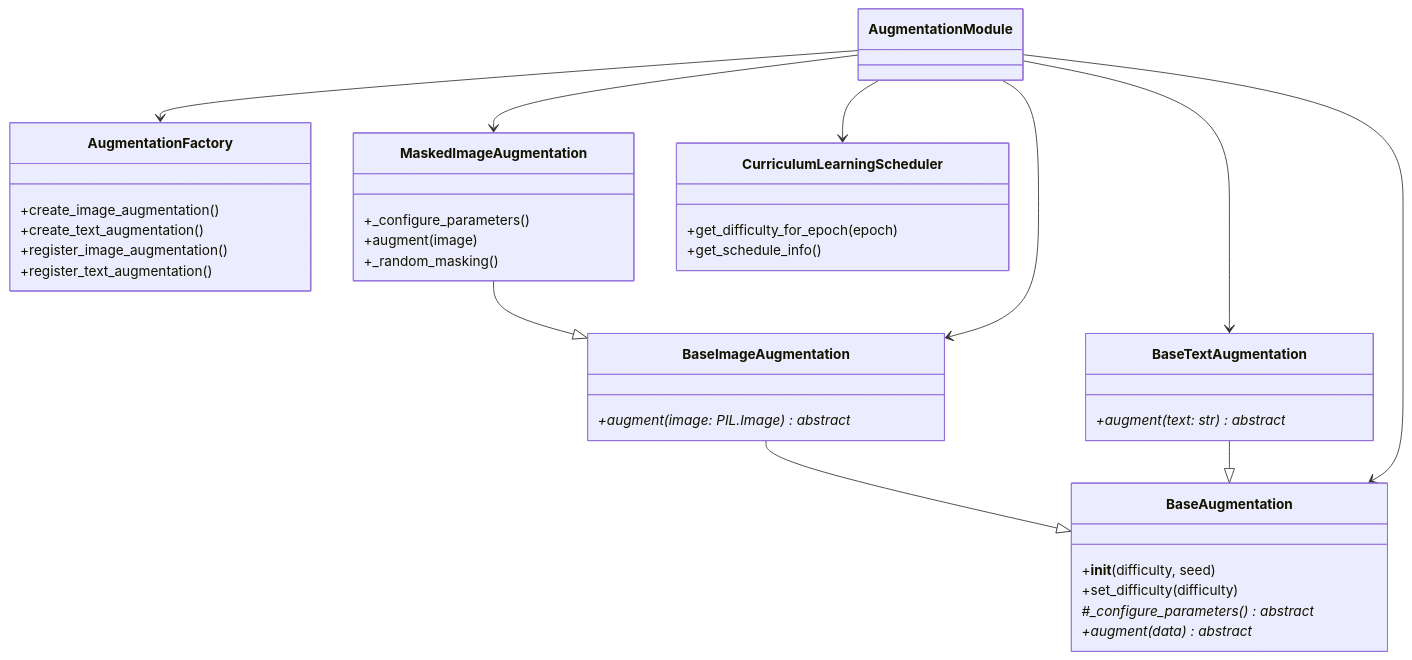
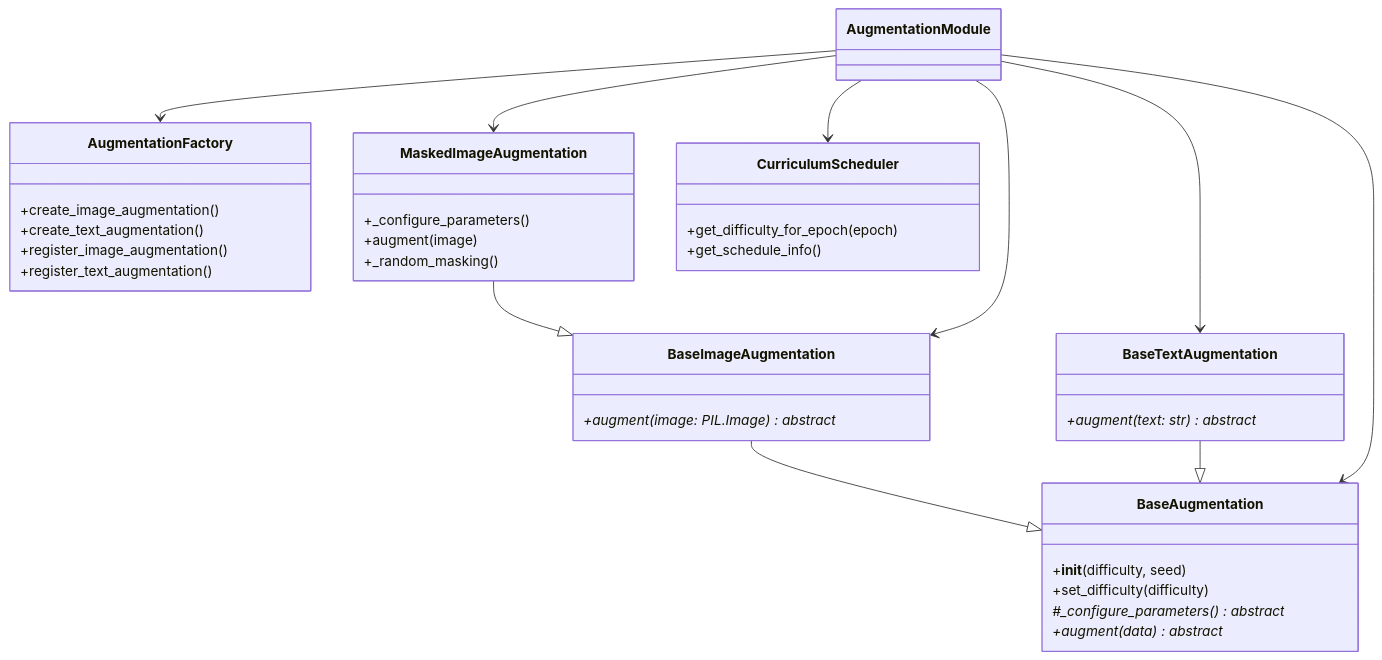
One commit to ThuanNaN/VQA_Template changed the second of 7 diagrams in docs/ARCHITECTURE_DIAGRAM.md. Above: the diagram before and after it, drawn with Mermaid. The commit also changed 4 other files, not shown here.

Commit message:
refactor: Update curriculum learning and augmentation documentation for smooth difficulty control

````diff
--- a/docs/ARCHITECTURE_DIAGRAM.md
+++ b/docs/ARCHITECTURE_DIAGRAM.md
@@ -24,62 +24,62 @@
 ```mermaid
 classDiagram
     %% =======================
     %% Base Classes
     %% =======================
     class BaseAugmentation {
         +__init__(difficulty, seed)
         +set_difficulty(difficulty)
         #_configure_parameters()* abstract
         +augment(data)* abstract
     }
 
     class BaseImageAugmentation {
         +augment(image: PIL.Image)* abstract
     }
 
     class BaseTextAugmentation {
         +augment(text: str)* abstract
     }
 
     BaseImageAugmentation --|> BaseAugmentation
     BaseTextAugmentation --|> BaseAugmentation
 
     %% =======================
     %% Factory Pattern
     %% =======================
     class AugmentationFactory {
         +create_image_augmentation()
         +create_text_augmentation()
         +register_image_augmentation()
         +register_text_augmentation()
     }
 
     %% =======================
     %% Visual / Mask
     %% =======================
     class MaskedImageAugmentation {
         +_configure_parameters()
         +augment(image)
         +_random_masking()
     }
 
-    class CurriculumLearningScheduler {
+    class CurriculumScheduler {
         +get_difficulty_for_epoch(epoch)
         +get_schedule_info()
     }
 
     MaskedImageAugmentation --|> BaseImageAugmentation
 
     %% =======================
     %% Package structure (optional grouping)
     %% =======================
     class AugmentationModule {
     }
 
     AugmentationModule --> BaseAugmentation
     AugmentationModule --> BaseImageAugmentation
     AugmentationModule --> BaseTextAugmentation
     AugmentationModule --> AugmentationFactory
     AugmentationModule --> MaskedImageAugmentation
-    AugmentationModule --> CurriculumLearningScheduler
+    AugmentationModule --> CurriculumScheduler
 ```
````
